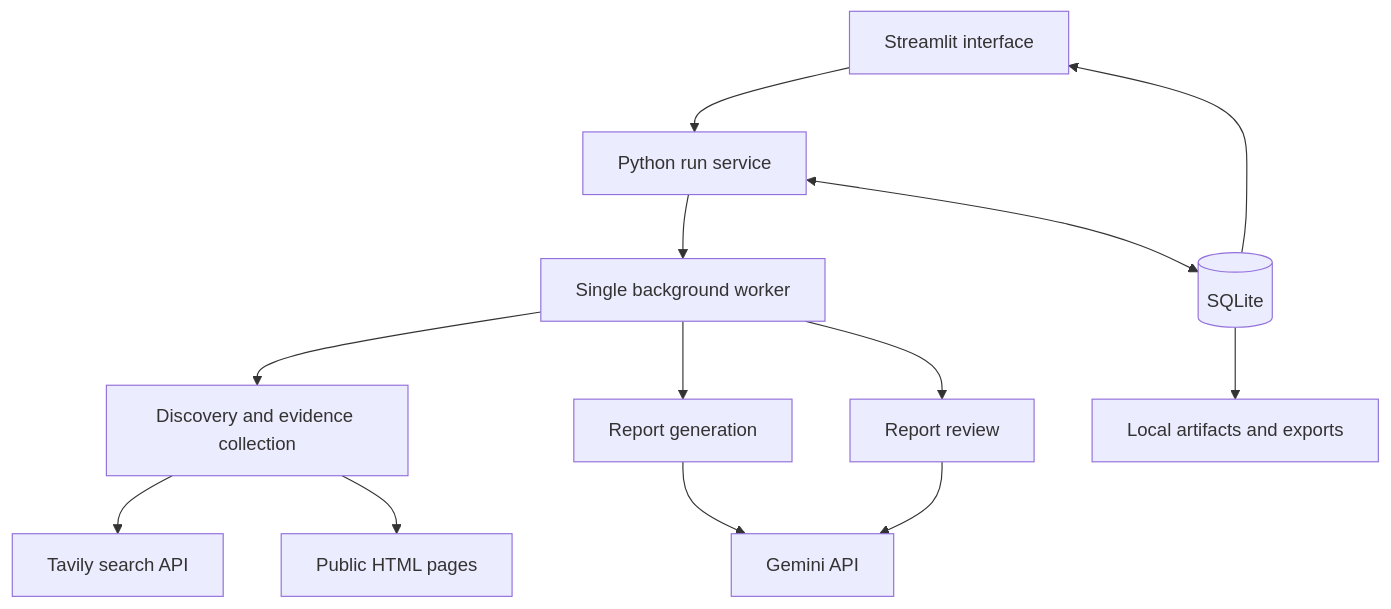
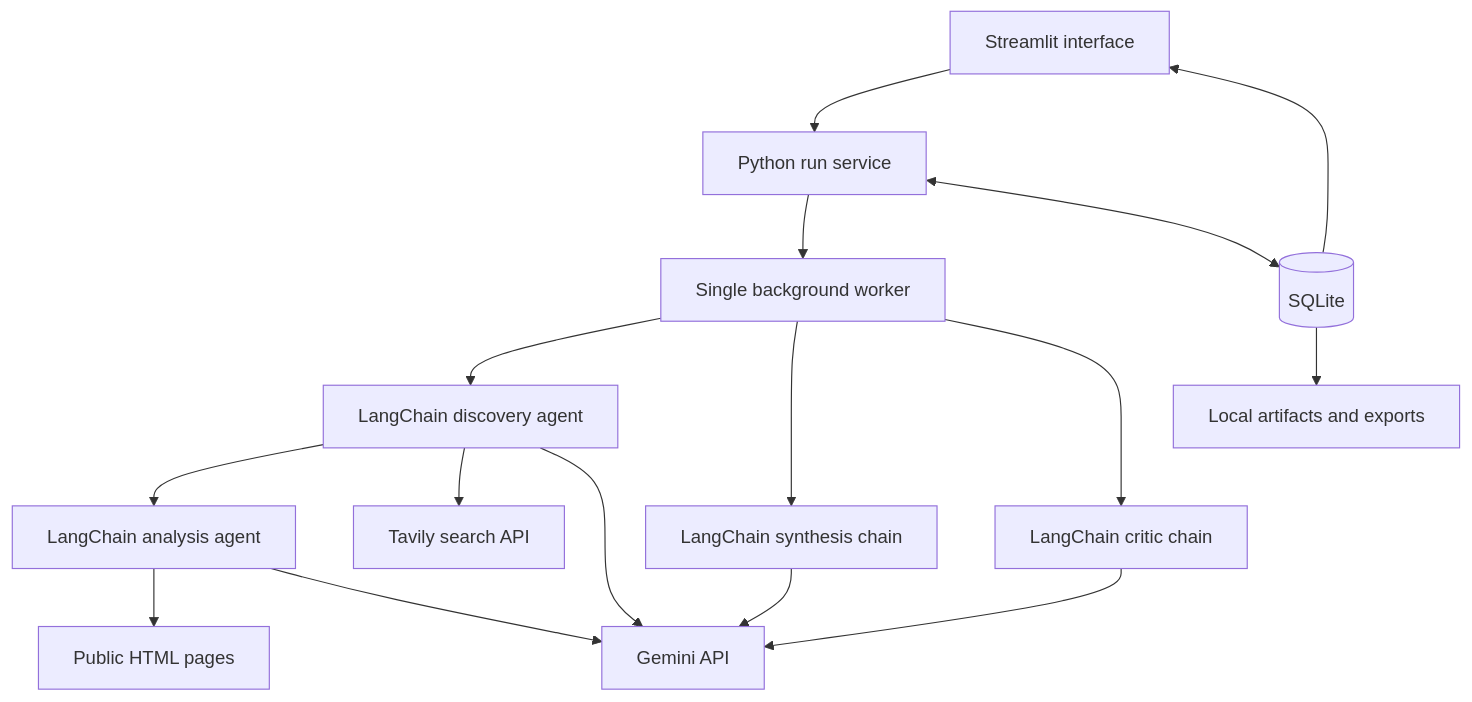
The second of 2 diagrams in README.md (ayatinkering/Synapse), drawn with Mermaid before and after one commit. The commit also changed other lines of this file and 17 other files, not shown here.

Commit message:
feat: add bounded LangChain research agents and chains

````diff
--- a/README.md
+++ b/README.md
@@ -125,15 +133,18 @@
 ```mermaid
 flowchart TD
     UI[Streamlit interface] --> Service[Python run service]
     Service --> Worker[Single background worker]
-    Worker --> Discovery[Discovery and evidence collection]
-    Worker --> Synthesis[Report generation]
-    Worker --> Critic[Report review]
+    Worker --> Discovery[LangChain discovery agent]
+    Discovery --> Analysis[LangChain analysis agent]
+    Worker --> Synthesis[LangChain synthesis chain]
+    Worker --> Critic[LangChain critic chain]
     Discovery --> Tavily[Tavily search API]
-    Discovery --> Pages[Public HTML pages]
-    Synthesis --> Gemini[Gemini API]
+    Analysis --> Pages[Public HTML pages]
+    Discovery --> Gemini[Gemini API]
+    Analysis --> Gemini
+    Synthesis --> Gemini
     Critic --> Gemini
     Service <--> Store[(SQLite)]
     Store --> Artifacts[Local artifacts and exports]
     Store --> UI
 ```
````
